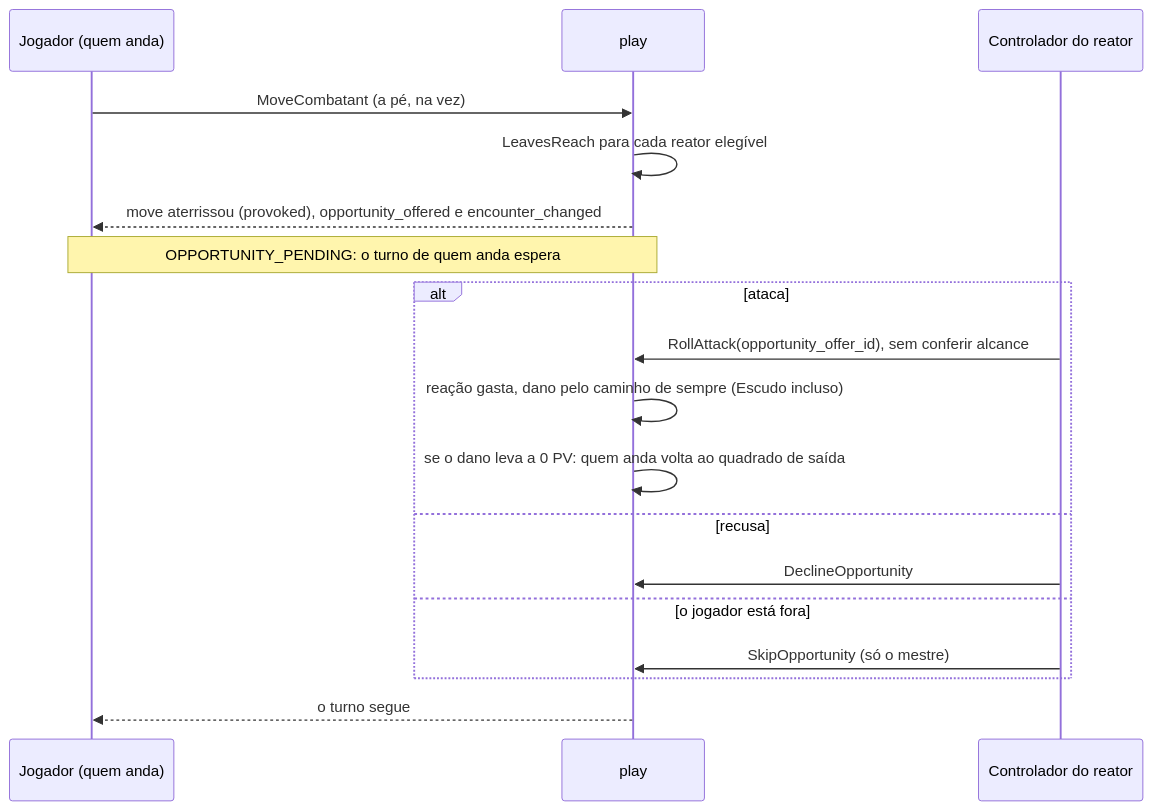
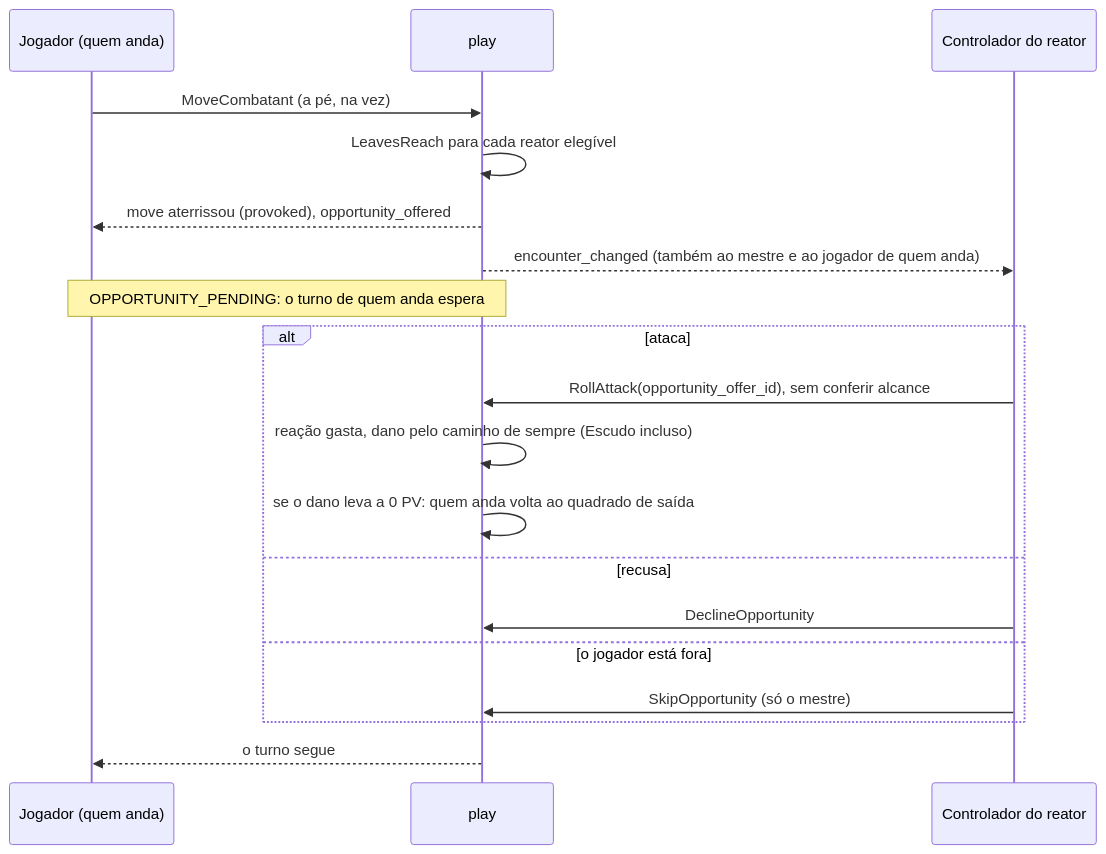
Before and after one commit to PuraFome/meuRPG: diagram 11 of 27 in docs/arquitetura.md, drawn with Mermaid. The commit also changed other lines of this file and 6 other files, not shown here.

````diff
--- a/docs/arquitetura.md
+++ b/docs/arquitetura.md
@@ -807,20 +807,21 @@
 ```mermaid
 sequenceDiagram
     participant J as Jogador (quem anda)
     participant S as play
     participant R as Controlador do reator
     J->>S: MoveCombatant (a pé, na vez)
     S->>S: LeavesReach para cada reator elegível
-    S-->>J: move aterrissou (provoked), opportunity_offered e encounter_changed
+    S-->>J: move aterrissou (provoked), opportunity_offered
+    S-->>R: encounter_changed (também ao mestre e ao jogador de quem anda)
     Note over J,S: OPPORTUNITY_PENDING: o turno de quem anda espera
     alt ataca
         R->>S: RollAttack(opportunity_offer_id), sem conferir alcance
         S->>S: reação gasta, dano pelo caminho de sempre (Escudo incluso)
         S->>S: se o dano leva a 0 PV: quem anda volta ao quadrado de saída
     else recusa
         R->>S: DeclineOpportunity
     else o jogador está fora
         R->>S: SkipOpportunity (só o mestre)
     end
     S-->>J: o turno segue
 ```
````
